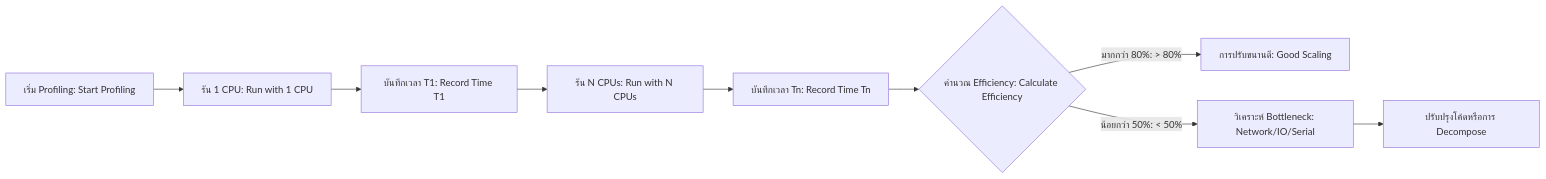
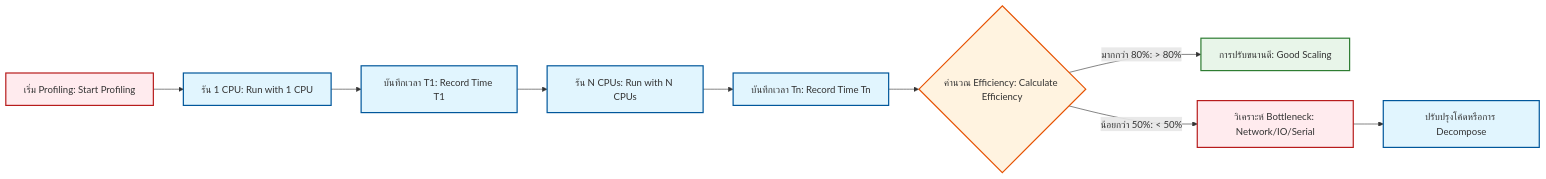
The second of 3 diagrams in MODULE_08_TESTING_VALIDATION/CONTENT/04_QA_AUTOMATION_PROFILING/01_Performance_Profiling.md (wramet/build-my-cfd), drawn with Mermaid before and after one commit. The commit also changed other lines of this file and 313 other files, not shown here.

Commit message:
Revise all diagram

````diff
--- a/MODULE_08_TESTING_VALIDATION/CONTENT/04_QA_AUTOMATION_PROFILING/01_Performance_Profiling.md
+++ b/MODULE_08_TESTING_VALIDATION/CONTENT/04_QA_AUTOMATION_PROFILING/01_Performance_Profiling.md
@@ -184,11 +188,15 @@
 ```mermaid
-graph LR
-    A[เริ่ม Profiling: Start Profiling] --> B[รัน 1 CPU: Run with 1 CPU]
-    B --> C[บันทึกเวลา T1: Record Time T1]
-    C --> D[รัน N CPUs: Run with N CPUs]
-    D --> E[บันทึกเวลา Tn: Record Time Tn]
-    E --> F{คำนวณ Efficiency: Calculate Efficiency}
-    F -- มากกว่า 80%: > 80% --> G[การปรับขนานดี: Good Scaling]
-    F -- น้อยกว่า 50%: < 50% --> H[วิเคราะห์ Bottleneck: Network/IO/Serial]
-    H --> I[ปรับปรุงโค้ดหรือการ Decompose]
+flowchart LR
+classDef implicit fill:#e1f5fe,stroke:#01579b,stroke-width:2px
+classDef explicit fill:#ffebee,stroke:#b71c1c,stroke-width:2px
+classDef success fill:#e8f5e9,stroke:#2e7d32,stroke-width:2px
+classDef warning fill:#fff3e0,stroke:#e65100,stroke-width:2px
+A[เริ่ม Profiling: Start Profiling]:::explicit --> B[รัน 1 CPU: Run with 1 CPU]:::implicit
+B --> C[บันทึกเวลา T1: Record Time T1]:::implicit
+C --> D[รัน N CPUs: Run with N CPUs]:::implicit
+D --> E[บันทึกเวลา Tn: Record Time Tn]:::implicit
+E --> F{คำนวณ Efficiency: Calculate Efficiency}:::warning
+F -- มากกว่า 80%: > 80% --> G[การปรับขนานดี: Good Scaling]:::success
+F -- น้อยกว่า 50%: < 50% --> H[วิเคราะห์ Bottleneck: Network/IO/Serial]:::explicit
+H --> I[ปรับปรุงโค้ดหรือการ Decompose]:::implicit
 ```
````
